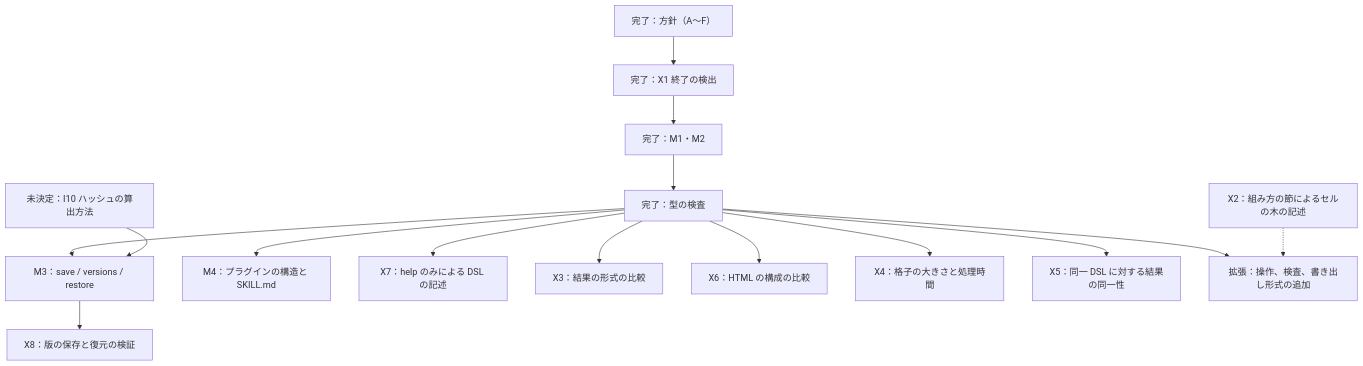
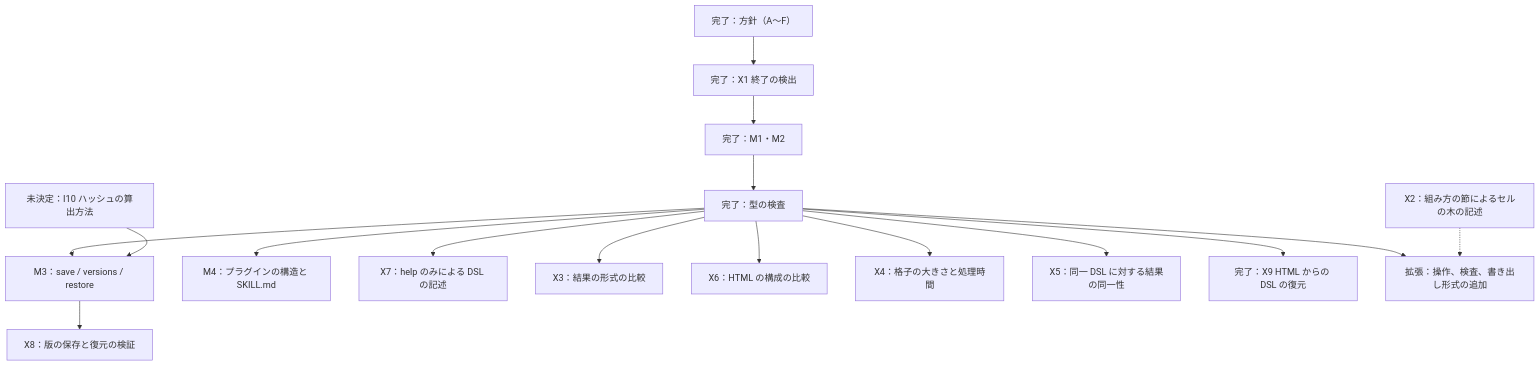
One commit to latentium/voxelgraft changed the diagram in docs/roadmap.md. Above: the diagram before and after it, drawn with Mermaid. The commit also changed 5 other files, not shown here.

First line of the commit message:
feat: add the X9 experiment on restoring DSL from HTML

````diff
--- a/docs/roadmap.md
+++ b/docs/roadmap.md
@@ -70,21 +70,22 @@
 ```mermaid
 flowchart TD
   D1["完了：方針（A〜F）"] --> D2["完了：X1 終了の検出"]
   D2 --> D3["完了：M1・M2"]
   D3 --> D4["完了：型の検査"]
 
   D4 --> M3["M3：save / versions / restore"]
   I10["未決定：I10 ハッシュの算出方法"] --> M3
   M3 --> X8["X8：版の保存と復元の検証"]
 
   D4 --> M4["M4：プラグインの構造と SKILL.md"]
   D4 --> X7["X7：help のみによる DSL の記述"]
 
   D4 --> X3["X3：結果の形式の比較"]
   D4 --> X6["X6：HTML の構成の比較"]
   D4 --> X4["X4：格子の大きさと処理時間"]
   D4 --> X5["X5：同一 DSL に対する結果の同一性"]
+  D4 --> X9["完了：X9 HTML からの DSL の復元"]
 
   D4 --> EXT["拡張：操作、検査、書き出し形式の追加"]
   X2["X2：組み方の節によるセルの木の記述"] -.-> EXT
 ```
````
